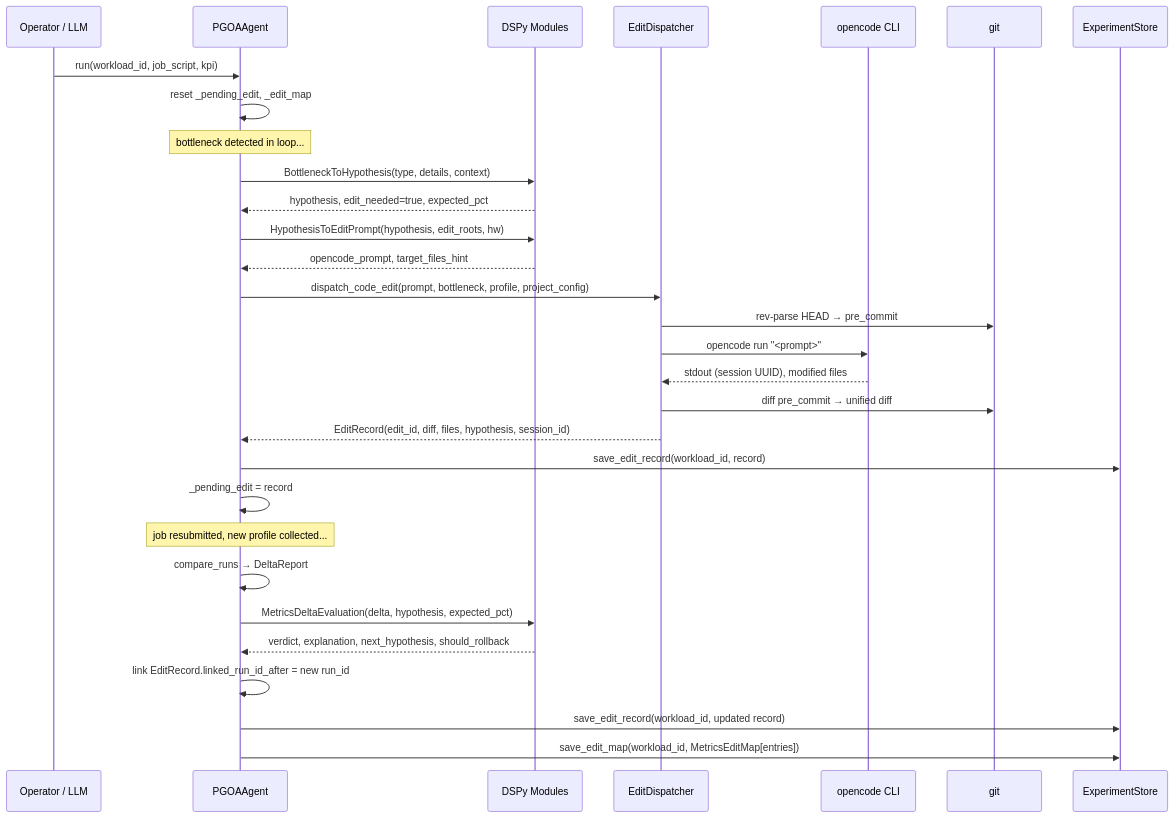
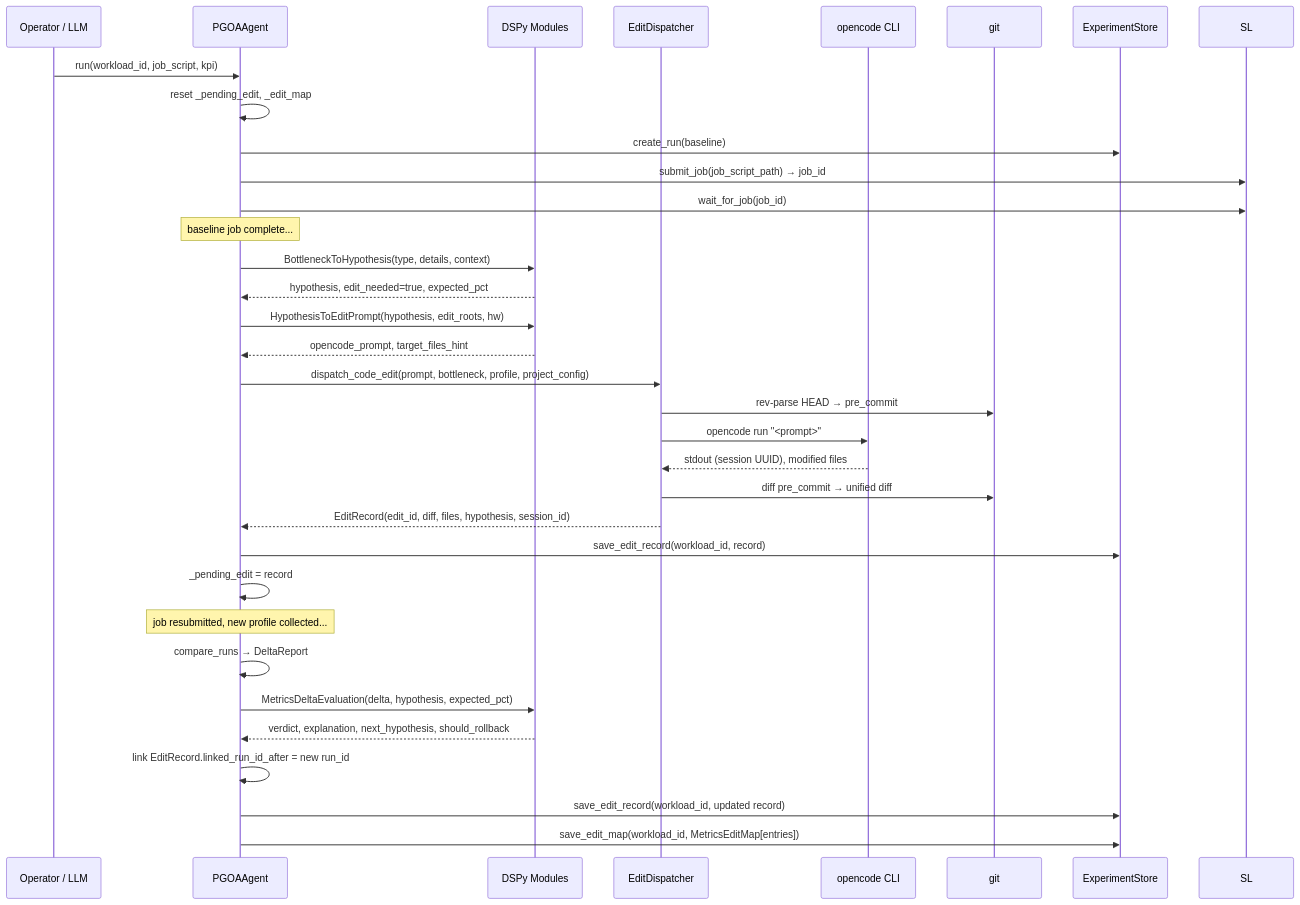
One commit to varunsv97/HPC-Claw changed the third of 6 diagrams in docs/architecture.md. Above: the diagram before and after it, drawn with Mermaid. The commit also changed other lines of this file and 14 other files, not shown here.

````diff
--- a/docs/architecture.md
+++ b/docs/architecture.md
@@ -168,39 +212,43 @@
 ```mermaid
 sequenceDiagram
     participant Op as Operator / LLM
     participant AG as PGOAAgent
     participant DP as DSPy Modules
     participant ED as EditDispatcher
     participant OC as opencode CLI
     participant GIT as git
     participant ST as ExperimentStore
 
     Op->>AG: run(workload_id, job_script, kpi)
     AG->>AG: reset _pending_edit, _edit_map
 
-    Note over AG: bottleneck detected in loop...
+    AG->>ST: create_run(baseline)
+    AG->>SL: submit_job(job_script_path) → job_id
+    AG->>SL: wait_for_job(job_id)
+
+    Note over AG: baseline job complete...
     AG->>DP: BottleneckToHypothesis(type, details, context)
     DP-->>AG: hypothesis, edit_needed=true, expected_pct
 
     AG->>DP: HypothesisToEditPrompt(hypothesis, edit_roots, hw)
     DP-->>AG: opencode_prompt, target_files_hint
 
     AG->>ED: dispatch_code_edit(prompt, bottleneck, profile, project_config)
     ED->>GIT: rev-parse HEAD → pre_commit
     ED->>OC: opencode run "<prompt>"
     OC-->>ED: stdout (session UUID), modified files
     ED->>GIT: diff pre_commit → unified diff
     ED-->>AG: EditRecord(edit_id, diff, files, hypothesis, session_id)
 
     AG->>ST: save_edit_record(workload_id, record)
     AG->>AG: _pending_edit = record
 
     Note over AG: job resubmitted, new profile collected...
     AG->>AG: compare_runs → DeltaReport
     AG->>DP: MetricsDeltaEvaluation(delta, hypothesis, expected_pct)
     DP-->>AG: verdict, explanation, next_hypothesis, should_rollback
 
     AG->>AG: link EditRecord.linked_run_id_after = new run_id
     AG->>ST: save_edit_record(workload_id, updated record)
     AG->>ST: save_edit_map(workload_id, MetricsEditMap[entries])
 ```
````
